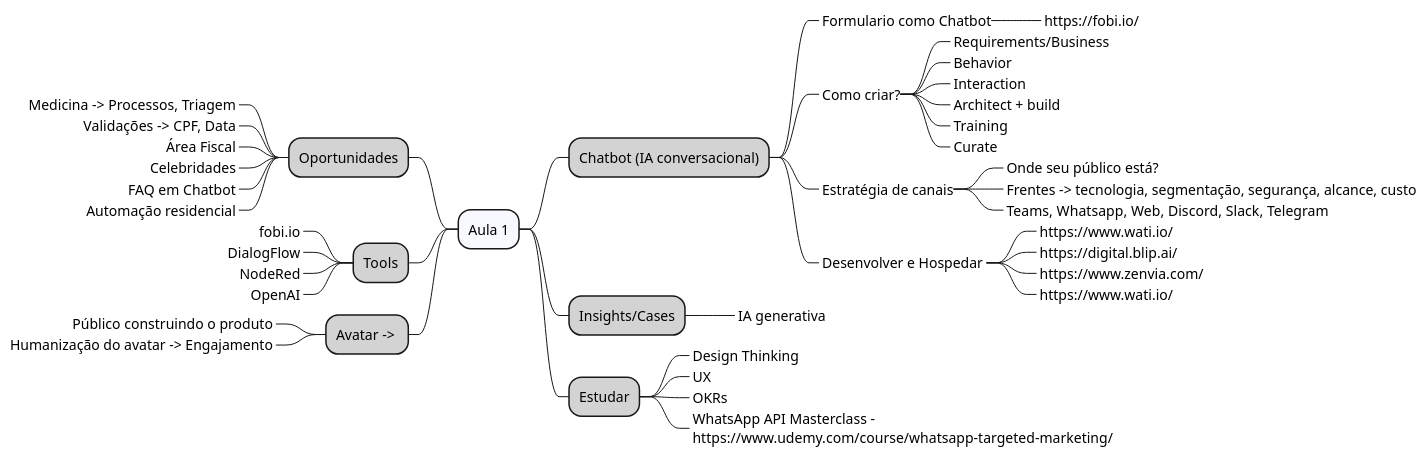
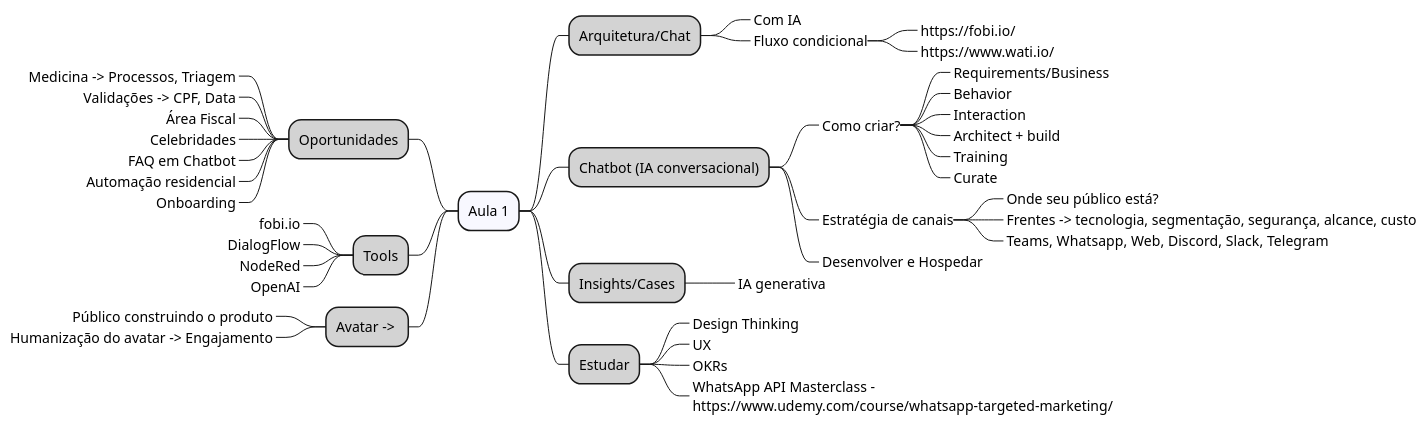
Before and after one commit to acnaweb/chatbot: the diagram in docs/src/aula1.wsd, drawn with PlantUML. The commit also changed 4 other files, not shown here.

```diff
--- a/docs/src/aula1.wsd
+++ b/docs/src/aula1.wsd
@@ -1,68 +1,67 @@
 @startmindmap
 
 *[#F8F8FF] Aula 1
 
+**[#LightGray] Arquitetura/Chat
+
+***_ Com IA
+***_ Fluxo condicional
+****_ https://fobi.io/
+****_ https://www.wati.io/
+
 **[#LightGray] Chatbot (IA conversacional)
-
-***_ Formulario como Chatbot
-
-****_ https://fobi.io/
 
 ***_ Como criar?
 
 ****_ Requirements/Business
 ****_ Behavior
 ****_ Interaction
 ****_ Architect + build
 ****_ Training
 ****_ Curate
 
 ***_ Estratégia de canais
 
 ****_ Onde seu público está? 
 ****_ Frentes -> tecnologia, segmentação, segurança, alcance, custo
 ****_ Teams, Whatsapp, Web, Discord, Slack, Telegram
 
 ***_ Desenvolver e Hospedar 
-
-****_ https://www.wati.io/
-****_ https://digital.blip.ai/
-****_ https://www.zenvia.com/
-****_ https://www.wati.io/
 
 **[#LightGray] Insights/Cases
 
 ***_ IA generativa
 
 **[#LightGray] Estudar
 
 ***_ Design Thinking
 ***_ UX
 ***_ OKRs
 ***_ WhatsApp API Masterclass -\nhttps://www.udemy.com/course/whatsapp-targeted-marketing/
 
 
 left side
 
 **[#LightGray] Oportunidades
 
 ***_ Medicina -> Processos, Triagem
 ***_ Validações -> CPF, Data
 ***_ Área Fiscal
 ***_ Celebridades
 ***_ FAQ em Chatbot
 ***_ Automação residencial
+***_ Onboarding
 
 **[#LightGray] Tools
 
 ***_ fobi.io
 ***_ DialogFlow
 ***_ NodeRed
 ***_ OpenAI
 
 **[#LightGray] Avatar -> 
 
 ***_ Público construindo o produto
 ***_ Humanização do avatar -> Engajamento
 
 @endmindmap
```
